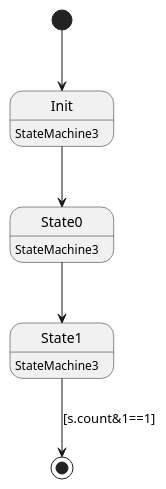
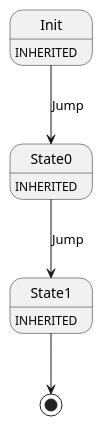
One commit to insolar/assured-ledger changed the diagram in ledger-core/conveyor/smachine/main/example/example_3.plantuml. Above: the diagram before and after it, drawn with PlantUML. The commit also changed 15 other files, not shown here.

Commit message:
PLAT-390 moar uml

```diff
--- a/ledger-core/conveyor/smachine/main/example/example_3.plantuml
+++ b/ledger-core/conveyor/smachine/main/example/example_3.plantuml
@@ -1,12 +1,8 @@
 @startuml
-state "Init" as T00_S001
-T00_S001 : StateMachine3
-[*] --> T00_S001
-T00_S001 --> T00_S002
-state "State0" as T00_S002
-T00_S002 : StateMachine3
-T00_S002 --> T00_S003
-state "State1" as T00_S003
-T00_S003 : StateMachine3
-T00_S003 --> [*] : [s.count&1==1]
+Init : INHERITED
+Init --> State0 : Jump
+State0 : INHERITED
+State0 --> State1 : Jump
+State1 : INHERITED
+State1 --> [*]
 @enduml
```
